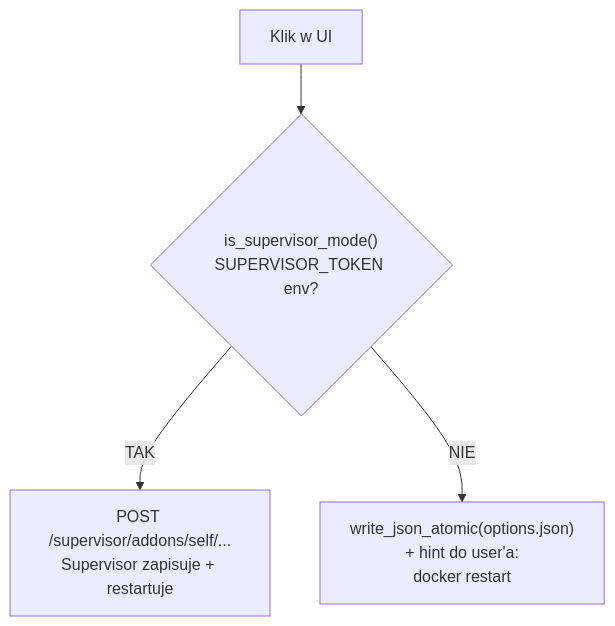
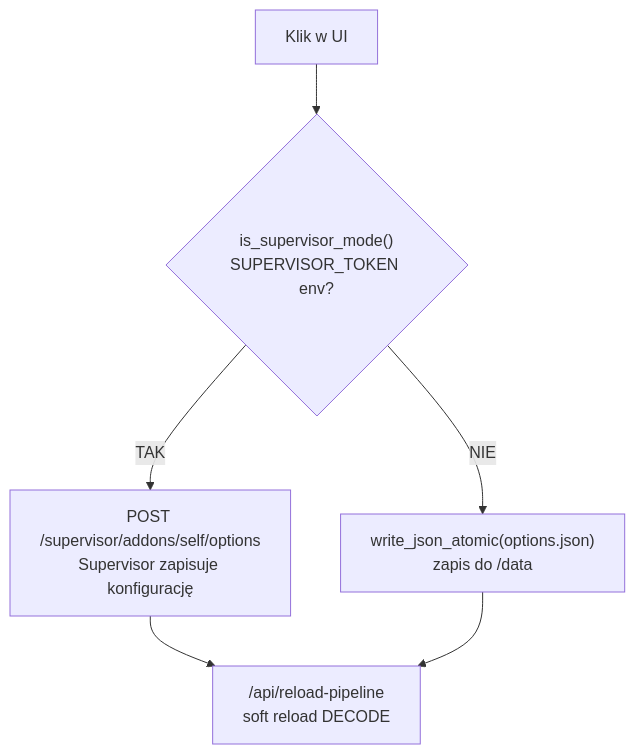
The sixth of 7 diagrams in docs/README.pl.md (Kustonium/homeassistant-wmbus-mqtt-bridge-dev), drawn with Mermaid before and after one commit. The commit also changed other lines of this file and 6 other files, not shown here.

````diff
--- a/docs/README.pl.md
+++ b/docs/README.pl.md
@@ -672,6 +665,8 @@
 ```mermaid
 flowchart TD
   A["Klik w UI"] --> B{"is_supervisor_mode()<br/>SUPERVISOR_TOKEN env?"}
-  B -- "TAK" --> C["POST /supervisor/addons/self/...<br/>Supervisor zapisuje + restartuje"]
-  B -- "NIE" --> D["write_json_atomic(options.json)<br/>+ hint do user'a:<br/>docker restart"]
+  B -- "TAK" --> C["POST /supervisor/addons/self/options<br/>Supervisor zapisuje konfigurację"]
+  B -- "NIE" --> D["write_json_atomic(options.json)<br/>zapis do /data"]
+  C --> E["/api/reload-pipeline<br/>soft reload DECODE"]
+  D --> E
 ```
````
